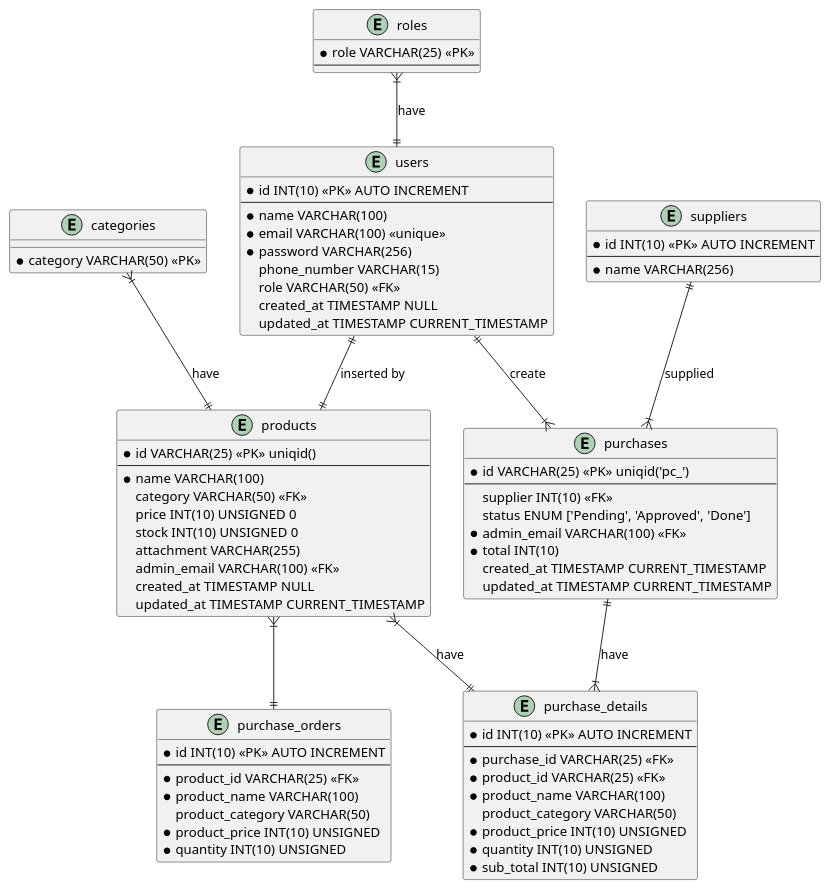
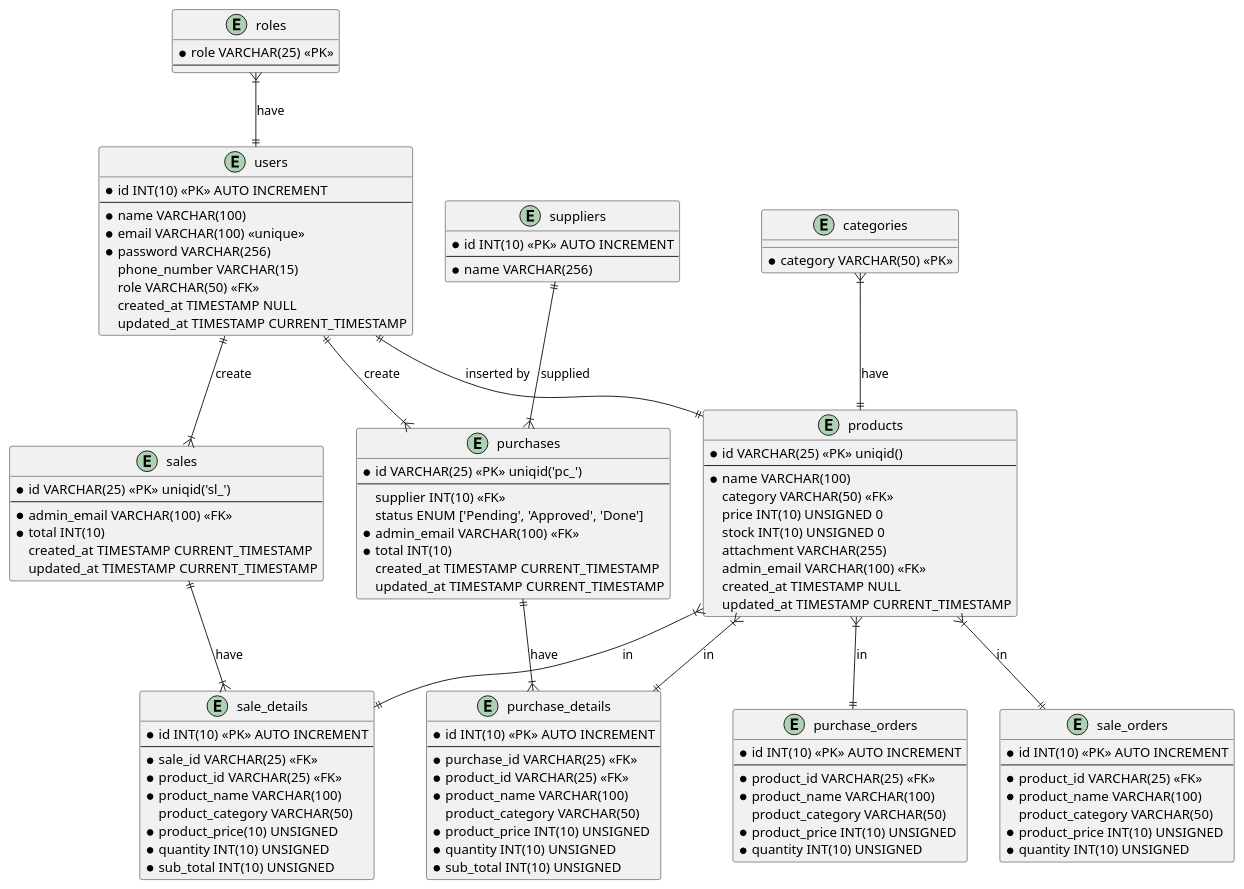
The diagram in docs/product-inventory.puml (doniduaasattuu/product-inventory), drawn with PlantUML before and after one commit. The commit also changed 21 other files, not shown here.

Commit message:
create sales trend

```diff
--- a/docs/product-inventory.puml
+++ b/docs/product-inventory.puml
@@ -1,111 +1,126 @@
 @startuml product inventory
 
     entity roles {
         * role VARCHAR(25) <<PK>>
         --
     }
 
     entity users {
         * id INT(10) <<PK>> AUTO INCREMENT
         --
         * name VARCHAR(100)
         * email VARCHAR(100) <<unique>>
         * password VARCHAR(256)
           phone_number VARCHAR(15)
           role VARCHAR(50) <<FK>>
           created_at TIMESTAMP NULL
           updated_at TIMESTAMP CURRENT_TIMESTAMP
     }
 
     entity categories {
         * category VARCHAR(50) <<PK>>
     }
 
     entity products {
         * id VARCHAR(25) <<PK>> uniqid()
         --
         * name VARCHAR(100)
           category VARCHAR(50) <<FK>>
           price INT(10) UNSIGNED 0
           stock INT(10) UNSIGNED 0
           attachment VARCHAR(255) 
           admin_email VARCHAR(100) <<FK>>
           created_at TIMESTAMP NULL
           updated_at TIMESTAMP CURRENT_TIMESTAMP
     }
 
     entity suppliers {
         * id INT(10) <<PK>> AUTO INCREMENT
         --
         * name VARCHAR(256)
     }
 
     entity purchases {
         * id VARCHAR(25) <<PK>> uniqid('pc_')
         --
           supplier INT(10) <<FK>>
           status ENUM ['Pending', 'Approved', 'Done']
         * admin_email VARCHAR(100) <<FK>>
         * total INT(10)
           created_at TIMESTAMP CURRENT_TIMESTAMP
           updated_at TIMESTAMP CURRENT_TIMESTAMP
     }
 
     entity purchase_details {
         * id INT(10) <<PK>> AUTO INCREMENT
         --
         * purchase_id VARCHAR(25) <<FK>>
         * product_id VARCHAR(25) <<FK>>
         * product_name VARCHAR(100)
           product_category VARCHAR(50)
         * product_price INT(10) UNSIGNED
         * quantity INT(10) UNSIGNED
         * sub_total INT(10) UNSIGNED
     }
 
     entity purchase_orders {
         * id INT(10) <<PK>> AUTO INCREMENT
         --
         * product_id VARCHAR(25) <<FK>>
         * product_name VARCHAR(100)
           product_category VARCHAR(50)
         * product_price INT(10) UNSIGNED
         * quantity INT(10) UNSIGNED
     }
 
     ' entity customers {
     '     * id INT(10) <<PK>> AUTO INCREMENT
     '     --
     '     * name VARCHAR(256)
     ' }
 
-    ' entity sale_details {
-    '     * id VARCHAR(25) <<PK>> uniqid('pcd_)
-    '     --
-    '     * product_id VARCHAR(25) <<FK>>
-    '     * product_name
-    '     * product_category
-    '     * quantity INT(10)
-    ' }
+    entity sales {
+        * id VARCHAR(25) <<PK>> uniqid('sl_')
+        --
+        * admin_email VARCHAR(100) <<FK>>
+        * total INT(10)
+          created_at TIMESTAMP CURRENT_TIMESTAMP
+          updated_at TIMESTAMP CURRENT_TIMESTAMP          
+    }
 
-    ' entity sales {
-    '     * id VARCHAR(25) <<PK>> uniqid('sl_')
-    '     --
-    '     * sale_detail VARCHAR(25) <<FK>>
-    '       customer INT(10) <<FK>>
-    '     * admin_email VARCHAR(100) <<FK>>
-    '       status ENUM ['Pending', 'Sent']
-    '       created_at TIMESTAMP NULL
-    '       updated_at TIMESTAMP CURRENT_TIMESTAMP
-    ' }
+    entity sale_details {
+        * id INT(10) <<PK>> AUTO INCREMENT
+        --
+        * sale_id VARCHAR(25) <<FK>>
+        * product_id VARCHAR(25) <<FK>>
+        * product_name VARCHAR(100) 
+          product_category VARCHAR(50)
+        * product_price(10) UNSIGNED
+        * quantity INT(10) UNSIGNED
+        * sub_total INT(10) UNSIGNED
+    }
+
+    entity sale_orders {
+        * id INT(10) <<PK>> AUTO INCREMENT
+        --
+        * product_id VARCHAR(25) <<FK>>
+        * product_name VARCHAR(100)
+          product_category VARCHAR(50)
+        * product_price INT(10) UNSIGNED
+        * quantity INT(10) UNSIGNED
+    }
 
    roles }|--|| users : have
    categories }|--|| products : have
    users ||--|| products : inserted by
    suppliers ||--|{ purchases : supplied
    purchases ||--|{ purchase_details : have
    users ||--|{ purchases : create
-   products }|--|| purchase_details : have
-   products }|--|| purchase_orders
+   products }|--|| purchase_details : in
+   products }|--|| purchase_orders : in
+   products }|--|| sale_details : in
+   sales ||--|{ sale_details : have
+   users ||--|{ sales : create
+   products }|--|| sale_orders : in
 
 @enduml
```
